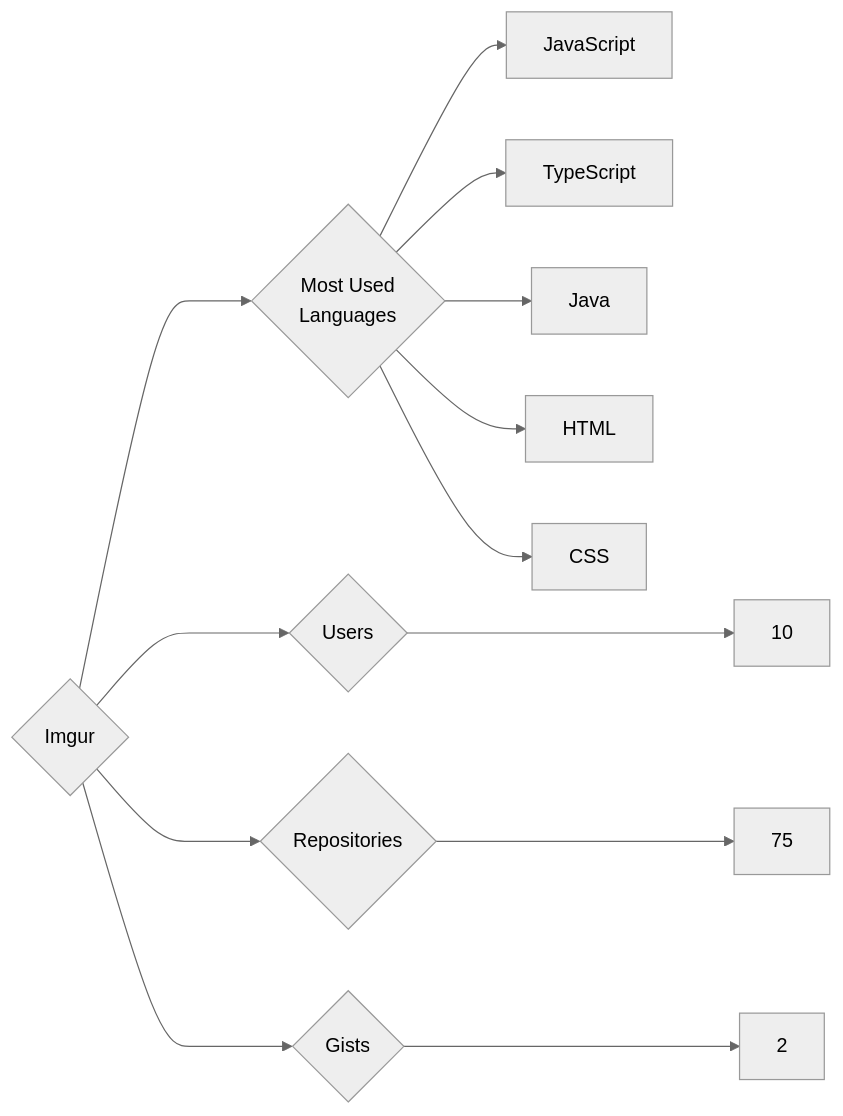
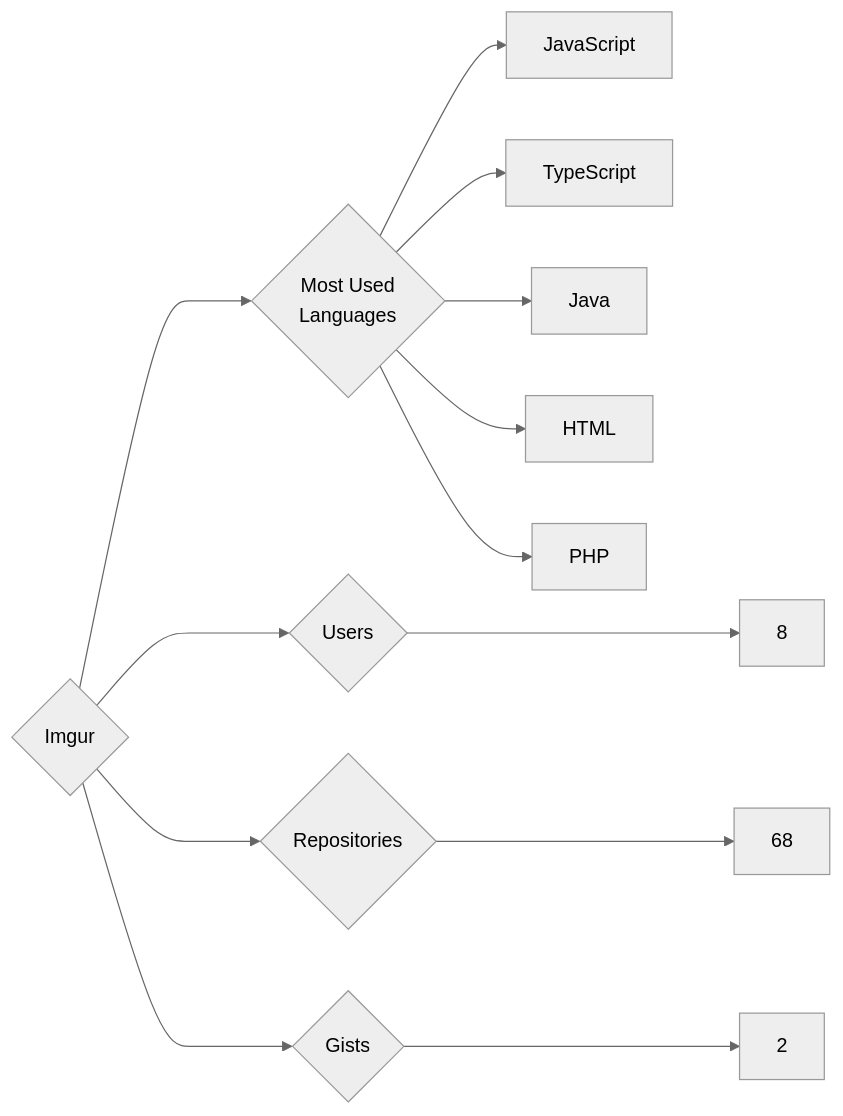
Before and after one commit to trickest/insiders: the diagram in targets/Imgur/README.md, drawn with Mermaid (neutral theme). The commit also changed 1092 other files, not shown here.

````diff
--- a/targets/Imgur/README.md
+++ b/targets/Imgur/README.md
@@ -3,13 +3,13 @@
 ```mermaid
 graph LR
 COMPANY_NAME{Imgur}
-COMPANY_NAME ---> U{Users} ---> UN[10]
-COMPANY_NAME ---> R{Repositories} ---> RN[75]
+COMPANY_NAME ---> U{Users} ---> UN[8]
+COMPANY_NAME ---> R{Repositories} ---> RN[68]
 COMPANY_NAME ---> G{Gists} ---> GN[2]
 COMPANY_NAME ---> ML{Most Used<br>Languages}
 ML --> JavaScript[JavaScript]
 ML --> TypeScript[TypeScript]
 ML --> Java[Java]
 ML --> HTML[HTML]
-ML --> CSS[CSS]
+ML --> PHP[PHP]
 ```
````
